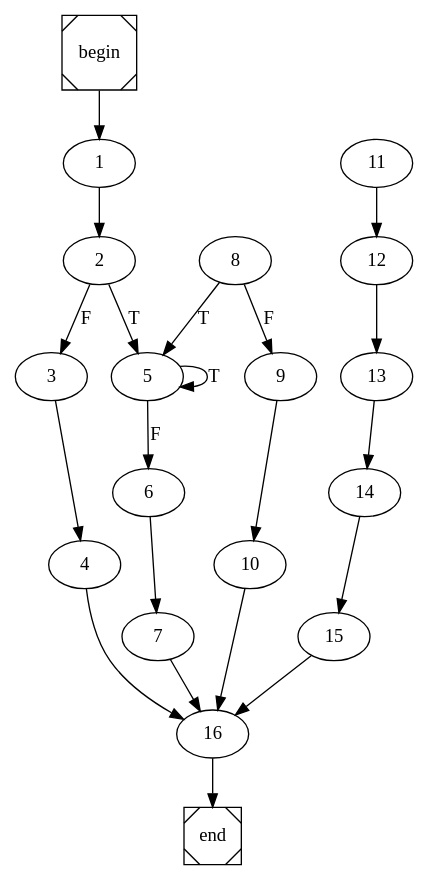
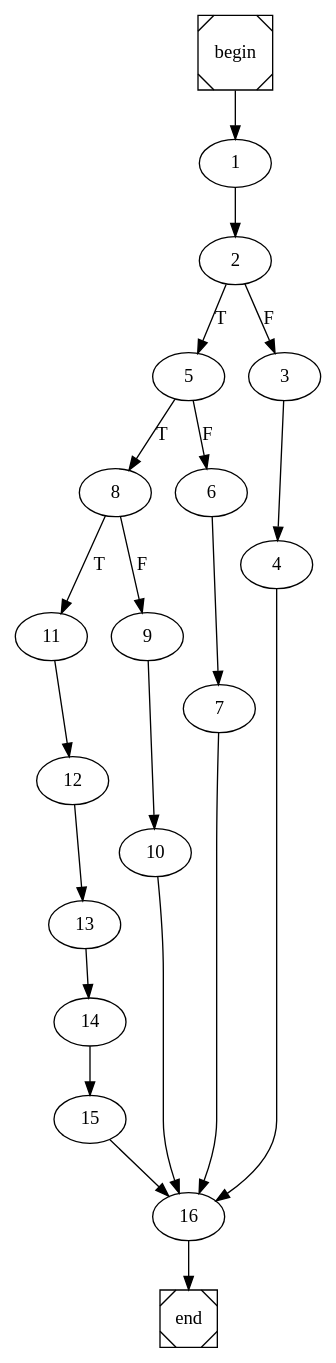
One commit to arubenruben/JMM-Compiler changed the diagram in permutations_int_int.dot. Above: the diagram before and after it, drawn with Graphviz. The commit also changed 9 other files, not shown here.

```diff
--- a/permutations_int_int.dot
+++ b/permutations_int_int.dot
@@ -1,4 +1,4 @@
 digraph cfg {
 	begin [shape=Msquare];
 	end [shape=Msquare];
-	begin -> 1;	1 -> 2;	2 -> 5[label=T];	2 -> 3[label=F];	3 -> 4;	4 -> 16;	5 -> 5[label=T];	5 -> 6[label=F];	6 -> 7;	7 -> 16;	8 -> 5[label=T];	8 -> 9[label=F];	9 -> 10;	10 -> 16;	11 -> 12;	12 -> 13;	13 -> 14;	14 -> 15;	15 -> 16;	16 -> end;}
+	begin -> 1;	1 -> 2;	2 -> 5[label=T];	2 -> 3[label=F];	3 -> 4;	4 -> 16;	5 -> 8[label=T];	5 -> 6[label=F];	6 -> 7;	7 -> 16;	8 -> 11[label=T];	8 -> 9[label=F];	9 -> 10;	10 -> 16;	11 -> 12;	12 -> 13;	13 -> 14;	14 -> 15;	15 -> 16;	16 -> end;}
```
